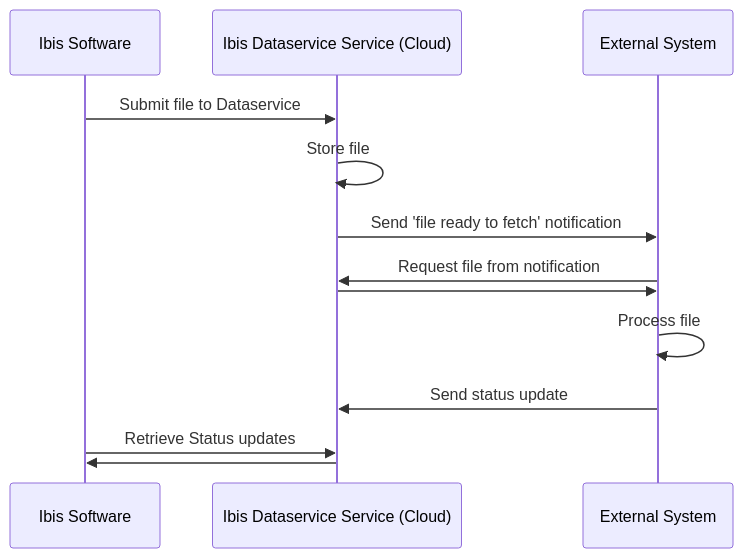
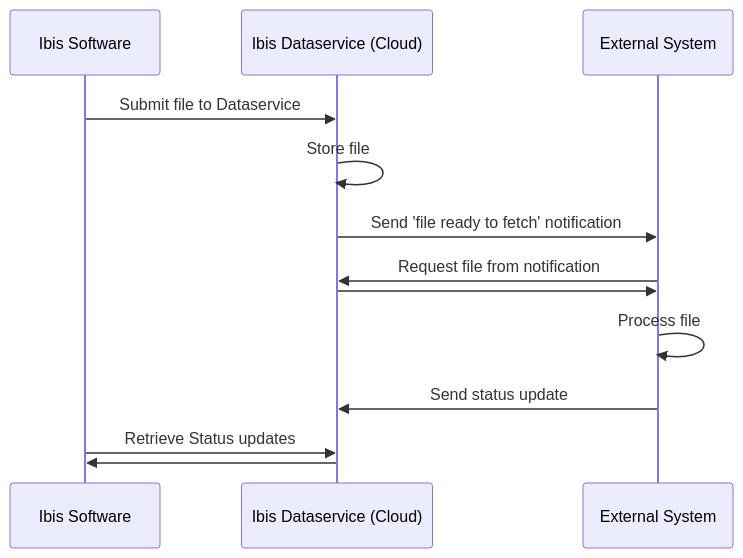
The diagram in README.md (Brink-Software/Ibis.Dataservice.Demo), drawn with Mermaid before and after one commit. The commit also changed other lines of this file, not shown here.

````diff
--- a/README.md
+++ b/README.md
@@ -12,12 +12,12 @@
 ```mermaid
 sequenceDiagram
-  Ibis Software->>Ibis Dataservice Service (Cloud): Submit file to Dataservice
-  Ibis Dataservice Service (Cloud)->>Ibis Dataservice Service (Cloud): Store file
-  Ibis Dataservice Service (Cloud)->>External System:Send 'file ready to fetch' notification
-  External System->>Ibis Dataservice Service (Cloud): Request file from notification
-  Ibis Dataservice Service (Cloud)->>External System: 
+  Ibis Software->>Ibis Dataservice (Cloud): Submit file to Dataservice
+  Ibis Dataservice (Cloud)->>Ibis Dataservice (Cloud): Store file
+  Ibis Dataservice (Cloud)->>External System:Send 'file ready to fetch' notification
+  External System->>Ibis Dataservice (Cloud): Request file from notification
+  Ibis Dataservice (Cloud)->>External System: 
   External System->>External System: Process file
-  External System->>Ibis Dataservice Service (Cloud): Send status update
-  Ibis Software ->> Ibis Dataservice Service (Cloud): Retrieve Status updates
-  Ibis Dataservice Service (Cloud) ->> Ibis Software: 
+  External System->>Ibis Dataservice (Cloud): Send status update
+  Ibis Software ->> Ibis Dataservice (Cloud): Retrieve Status updates
+  Ibis Dataservice (Cloud) ->> Ibis Software: 
 ```
````
